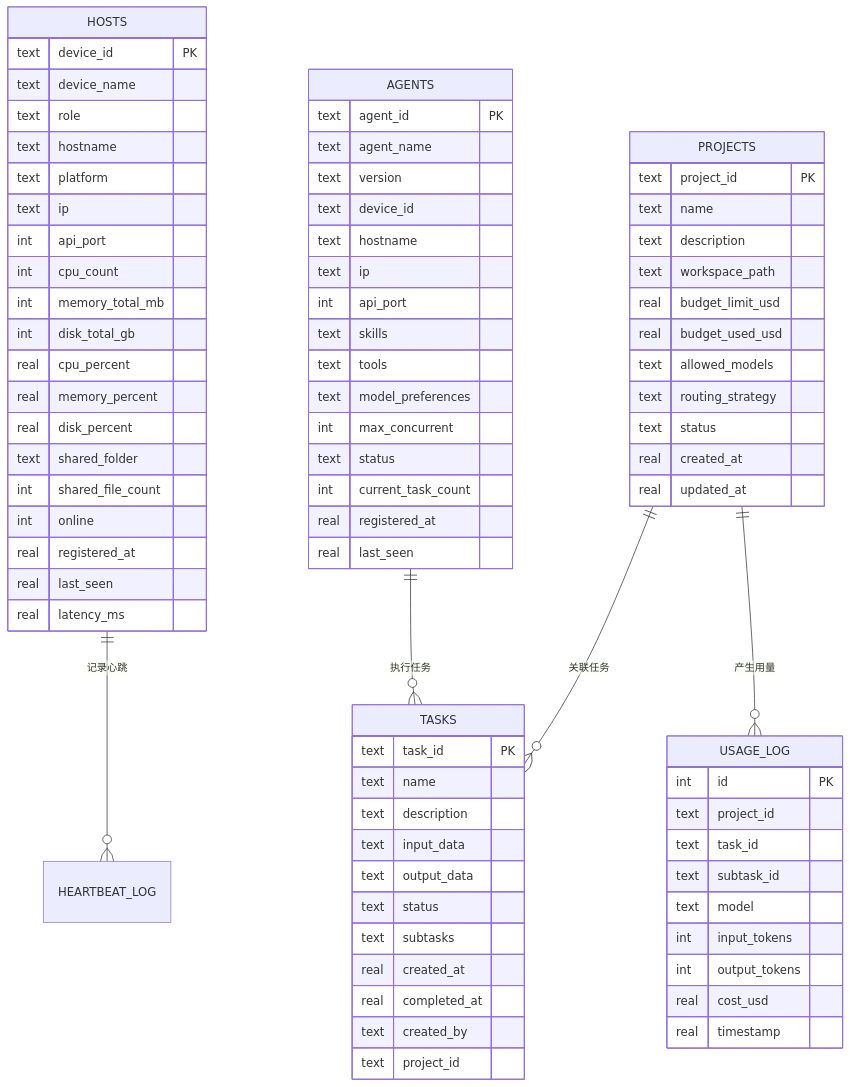
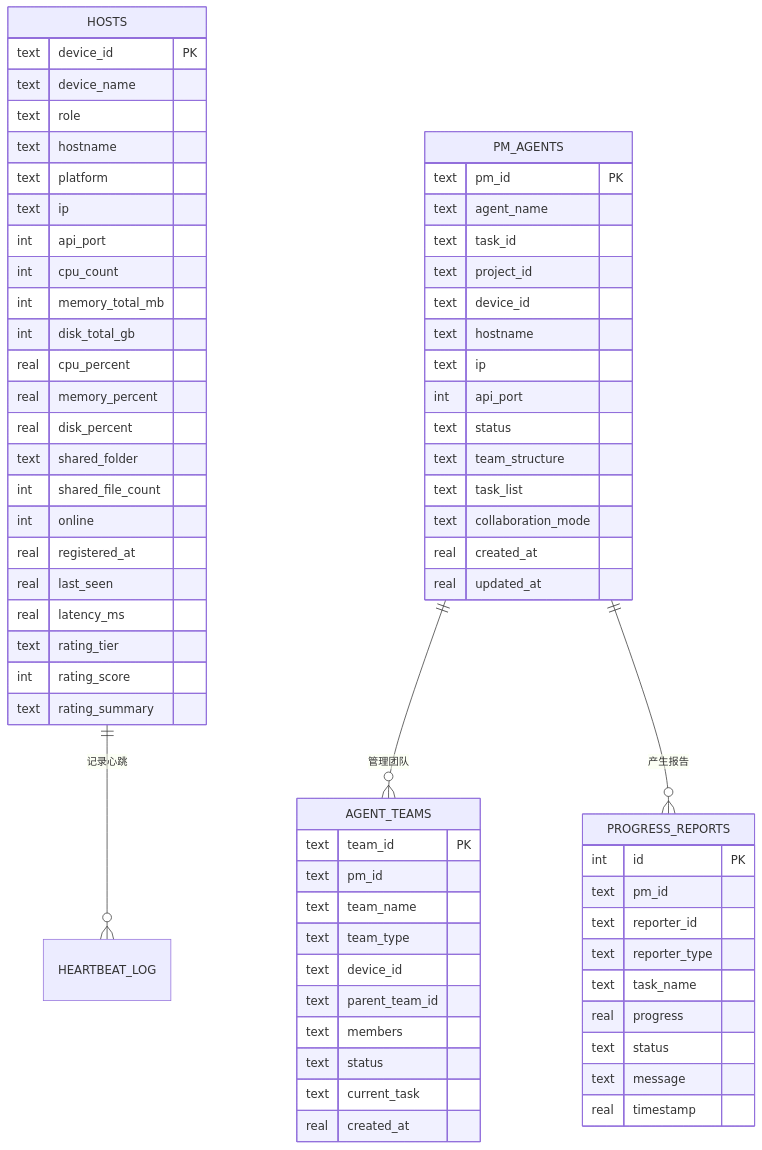
The seventh of 10 diagrams in .qoder/repowiki/zh/content/部署指南/部署指南.md (targalian/Personal-distributed-workstation), drawn with Mermaid before and after one commit. The commit also changed other lines of this file and 60 other files, not shown here.

````diff
--- a/.qoder/repowiki/zh/content/部署指南/部署指南.md
+++ b/.qoder/repowiki/zh/content/部署指南/部署指南.md
@@ -356,82 +383,69 @@
 ```mermaid
 erDiagram
 HOSTS {
 text device_id PK
 text device_name
 text role
 text hostname
 text platform
 text ip
 int api_port
 int cpu_count
 int memory_total_mb
 int disk_total_gb
 real cpu_percent
 real memory_percent
 real disk_percent
 text shared_folder
 int shared_file_count
 int online
 real registered_at
 real last_seen
 real latency_ms
+text rating_tier
+int rating_score
+text rating_summary
 }
-AGENTS {
-text agent_id PK
+PM_AGENTS {
+text pm_id PK
 text agent_name
-text version
+text task_id
+text project_id
 text device_id
 text hostname
 text ip
 int api_port
-text skills
-text tools
-text model_preferences
-int max_concurrent
 text status
-int current_task_count
-real registered_at
-real last_seen
-}
-TASKS {
-text task_id PK
-text name
-text description
-text input_data
-text output_data
-text status
-text subtasks
-real created_at
-real completed_at
-text created_by
-text project_id
-}
-PROJECTS {
-text project_id PK
-text name
-text description
-text workspace_path
-real budget_limit_usd
-real budget_used_usd
-text allowed_models
-text routing_strategy
-text status
+text team_structure
+text task_list
+text collaboration_mode
 real created_at
 real updated_at
 }
-USAGE_LOG {
+AGENT_TEAMS {
+text team_id PK
+text pm_id
+text team_name
+text team_type
+text device_id
+text parent_team_id
+text members
+text status
+text current_task
+real created_at
+}
+PROGRESS_REPORTS {
 int id PK
-text project_id
-text task_id
-text subtask_id
-text model
-int input_tokens
-int output_tokens
-real cost_usd
+text pm_id
+text reporter_id
+text reporter_type
+text task_name
+real progress
+text status
+text message
 real timestamp
 }
 HOSTS ||--o{ HEARTBEAT_LOG : "记录心跳"
-AGENTS ||--o{ TASKS : "执行任务"
-PROJECTS ||--o{ TASKS : "关联任务"
-PROJECTS ||--o{ USAGE_LOG : "产生用量"
+PM_AGENTS ||--o{ AGENT_TEAMS : "管理团队"
+PM_AGENTS ||--o{ PROGRESS_REPORTS : "产生报告"
 ```
````
